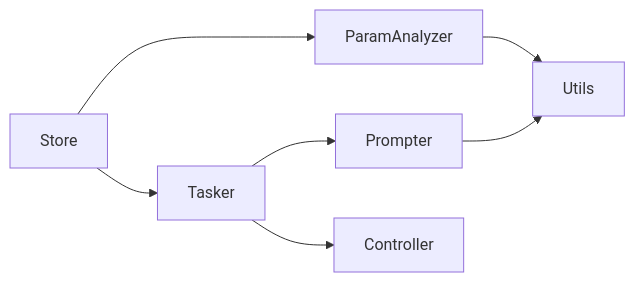
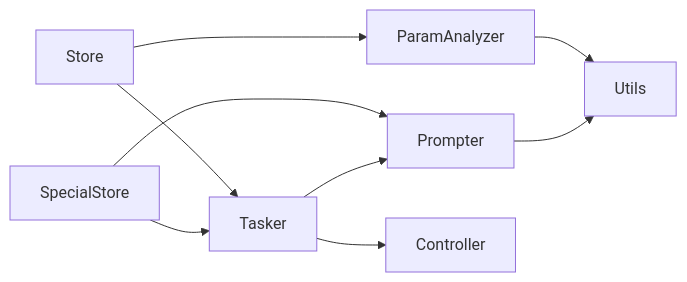
Before and after one commit to kqcoxn/MaaDuDuL: diagram 12 of 12 in .qoder/repowiki/zh/content/核心功能详解/日常任务功能/每日采购功能.md, drawn with Mermaid. The commit also changed other lines of this file and 12 other files, not shown here.

````diff
--- a/.qoder/repowiki/zh/content/核心功能详解/日常任务功能/每日采购功能.md
+++ b/.qoder/repowiki/zh/content/核心功能详解/日常任务功能/每日采购功能.md
@@ -401,9 +505,11 @@
 ```mermaid
 graph LR
 Store --> Tasker
 Store --> ParamAnalyzer
+SpecialStore --> Tasker
+SpecialStore --> Prompter
 Tasker --> Prompter
 Tasker --> Controller
 ParamAnalyzer --> Utils
 Prompter --> Utils
 ```
````
